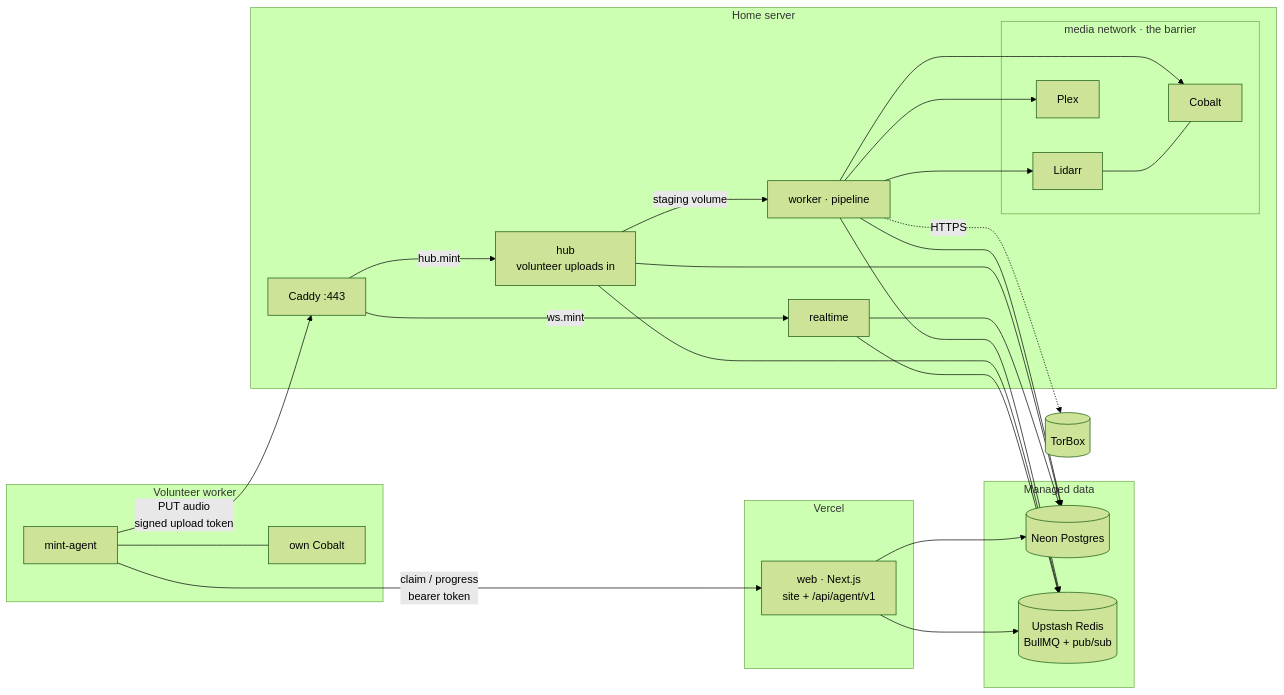
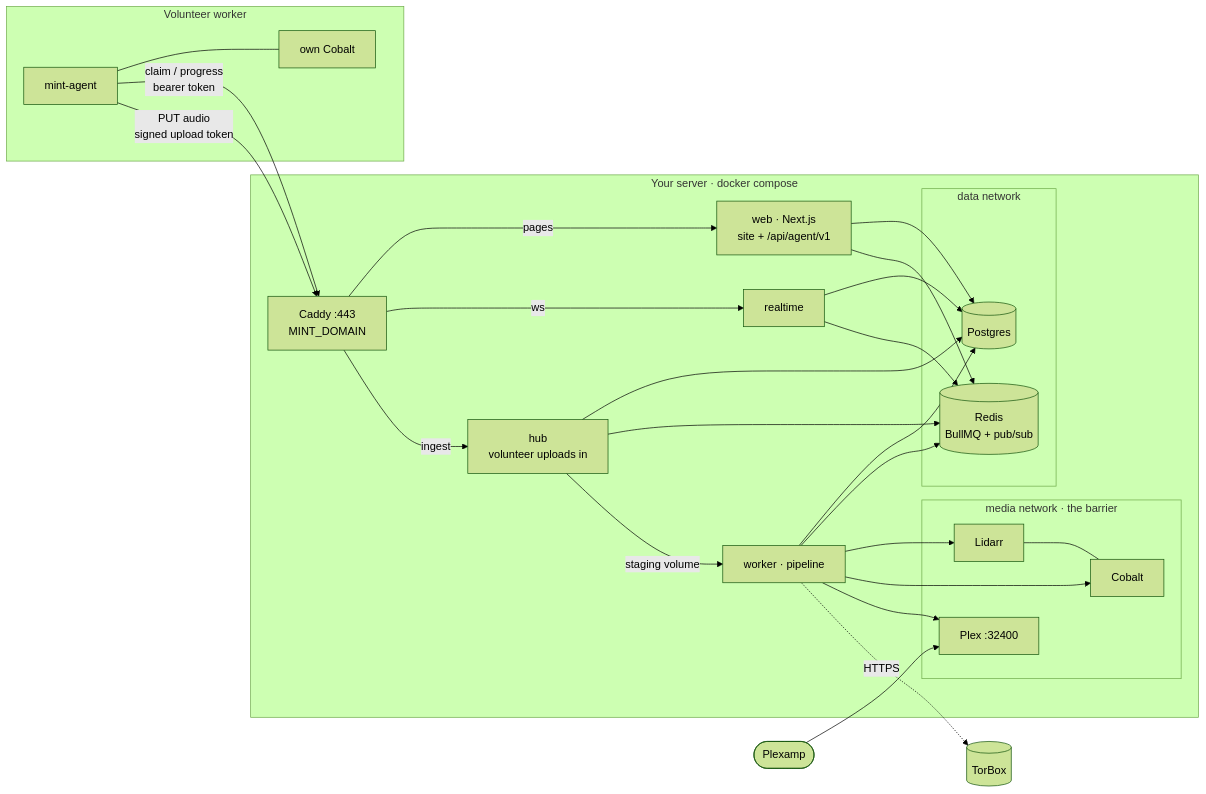
Before and after one commit to ChickenBone/mint: the first of 3 diagrams in README.md, drawn with Mermaid (forest theme). The commit also changed other lines of this file and 35 other files, not shown here.

First line of the commit message:
Docker Compose-only deploy, auto-wired integrations, README screenshots

````diff
--- a/README.md
+++ b/README.md
@@ -42,30 +83,28 @@
 ```mermaid
 flowchart LR
-  subgraph vercel[Vercel]
-    web[web · Next.js<br/>site + /api/agent/v1]
-  end
-  subgraph cloud[Managed data]
-    pg[(Neon Postgres)]
-    redis[(Upstash Redis<br/>BullMQ + pub/sub)]
-  end
-  subgraph home[Home server]
-    caddy[Caddy :443]
-    caddy -- ws.mint --> rt[realtime]
-    caddy -- hub.mint --> hub[hub<br/>volunteer uploads in]
-    worker[worker · pipeline]
+  subgraph home[Your server · docker compose]
+    caddy[Caddy :443<br/>MINT_DOMAIN]
+    caddy -- pages --> web[web · Next.js<br/>site + /api/agent/v1]
+    caddy -- ws --> rt[realtime]
+    caddy -- ingest --> hub[hub<br/>volunteer uploads in]
+    subgraph data[data network]
+      pg[(Postgres)]
+      redis[(Redis<br/>BullMQ + pub/sub)]
+    end
+    web & rt & hub --> pg & redis
+    worker[worker · pipeline] --> pg & redis
     subgraph media[media network · the barrier]
       lidarr[Lidarr] --- cobalt[Cobalt]
-      plex[Plex]
+      plex[Plex :32400]
     end
     worker --> lidarr & cobalt & plex
     hub -- staging volume --> worker
   end
   subgraph vol[Volunteer worker]
     agent[mint-agent] --- vc[own Cobalt]
   end
-  web --> pg & redis
-  rt & hub & worker --> pg & redis
-  agent -- claim / progress<br/>bearer token --> web
+  agent -- claim / progress<br/>bearer token --> caddy
   agent -- PUT audio<br/>signed upload token --> caddy
   worker -. HTTPS .-> torbox[(TorBox)]
+  plexamp([Plexamp]) --> plex
 ```
````
